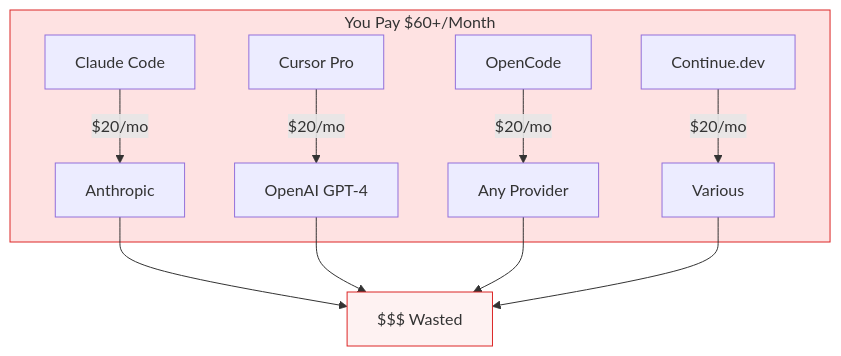
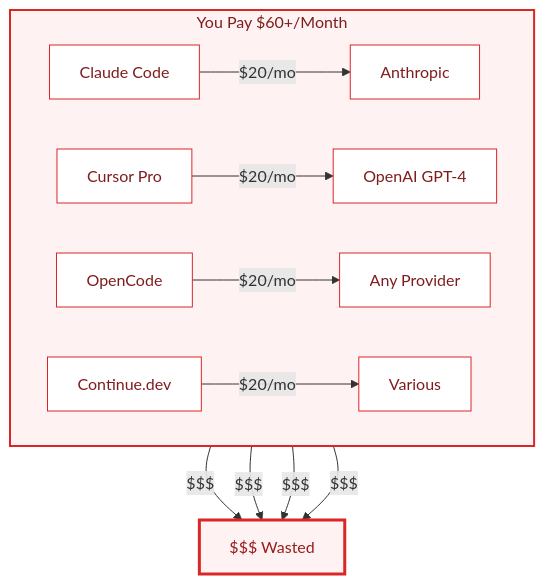
Before and after one commit to rbkhan007/Ollama-Emulator-Desktop-Ultimate: the third of 8 diagrams in README.md, drawn with Mermaid. The commit also changed other lines of this file and 2 other files, not shown here.

Commit message:
docs: professional Mermaid diagrams with consistent styling

````diff
--- a/README.md
+++ b/README.md
@@ -202,15 +221,26 @@
 ```mermaid
 flowchart TD
     subgraph Paid["You Pay $60+/Month"]
+        direction LR
         CC1["Claude Code"] -->|$20/mo| A1["Anthropic"]
         CU1["Cursor Pro"] -->|$20/mo| A2["OpenAI GPT-4"]
         OC1["OpenCode"] -->|$20/mo| A3["Any Provider"]
         CD1["Continue.dev"] -->|$20/mo| A4["Various"]
     end
-    A1 --> $$$["$$$ Wasted"]
-    A2 --> $$$
-    A3 --> $$$
-    A4 --> $$$
-    style Paid fill:#fee2e2,stroke:#dc2626
-    style $$$ fill:#fef2f2,stroke:#dc2626
+
+    A1 -->|$$$| OUT["$$$ Wasted"]
+    A2 -->|$$$| OUT
+    A3 -->|$$$| OUT
+    A4 -->|$$$| OUT
+
+    style Paid fill:#fef2f2,stroke:#dc2626,stroke-width:2px,color:#7f1d1d
+    style OUT fill:#fef2f2,stroke:#dc2626,stroke-width:3px,color:#991b1b
+    style CC1 fill:#fff,stroke:#dc2626,color:#7f1d1d
+    style CU1 fill:#fff,stroke:#dc2626,color:#7f1d1d
+    style OC1 fill:#fff,stroke:#dc2626,color:#7f1d1d
+    style CD1 fill:#fff,stroke:#dc2626,color:#7f1d1d
+    style A1 fill:#fff,stroke:#dc2626,color:#7f1d1d
+    style A2 fill:#fff,stroke:#dc2626,color:#7f1d1d
+    style A3 fill:#fff,stroke:#dc2626,color:#7f1d1d
+    style A4 fill:#fff,stroke:#dc2626,color:#7f1d1d
 ```
````
